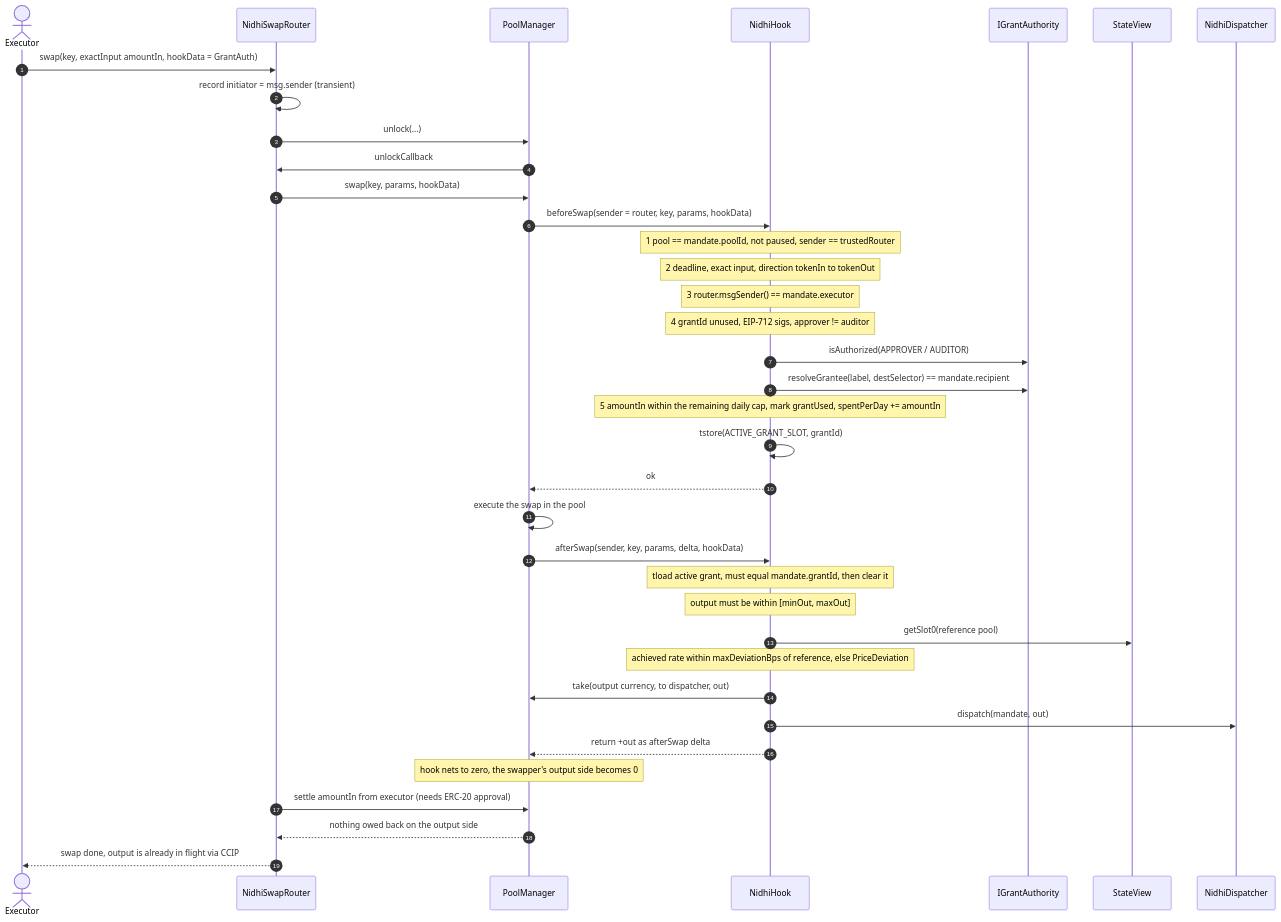
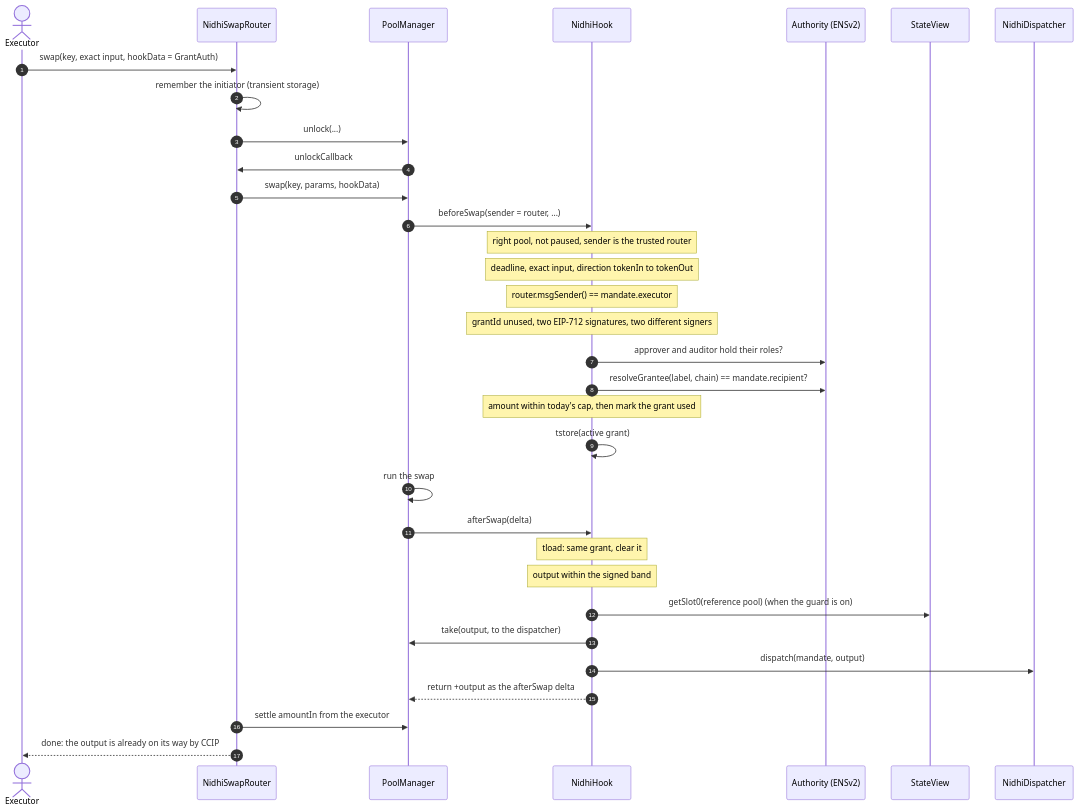
The second of 5 diagrams in docs/architecture/02-uniswap-v4.md (neevmodh/nidhi), drawn with Mermaid before and after one commit. The commit also changed other lines of this file and 5 other files, not shown here.

First line of the commit message:
Docs: a full README and deep dives for Uniswap v4, ENSv2, CCIP 2.0 and the milestone agent

````diff
--- a/docs/architecture/02-uniswap-v4.md
+++ b/docs/architecture/02-uniswap-v4.md
@@ -56,40 +66,36 @@
 ```mermaid
 sequenceDiagram
   autonumber
   actor EX as Executor
   participant RT as NidhiSwapRouter
   participant PM as PoolManager
   participant HK as NidhiHook
-  participant AU as IGrantAuthority
+  participant AU as Authority (ENSv2)
   participant SV as StateView
   participant DS as NidhiDispatcher
 
-  EX->>RT: swap(key, exactInput amountIn, hookData = GrantAuth)
-  RT->>RT: record initiator = msg.sender (transient)
+  EX->>RT: swap(key, exact input, hookData = GrantAuth)
+  RT->>RT: remember the initiator (transient storage)
   RT->>PM: unlock(...)
   PM->>RT: unlockCallback
   RT->>PM: swap(key, params, hookData)
-  PM->>HK: beforeSwap(sender = router, key, params, hookData)
-  Note over HK: 1 pool == mandate.poolId, not paused, sender == trustedRouter
-  Note over HK: 2 deadline, exact input, direction tokenIn to tokenOut
-  Note over HK: 3 router.msgSender() == mandate.executor
-  Note over HK: 4 grantId unused, EIP-712 sigs, approver != auditor
-  HK->>AU: isAuthorized(APPROVER / AUDITOR)
-  HK->>AU: resolveGrantee(label, destSelector) == mandate.recipient
-  Note over HK: 5 amountIn within the remaining daily cap, mark grantUsed, spentPerDay += amountIn
-  HK->>HK: tstore(ACTIVE_GRANT_SLOT, grantId)
-  HK-->>PM: ok
-  PM->>PM: execute the swap in the pool
-  PM->>HK: afterSwap(sender, key, params, delta, hookData)
-  Note over HK: tload active grant, must equal mandate.grantId, then clear it
-  Note over HK: output must be within [minOut, maxOut]
-  HK->>SV: getSlot0(reference pool)
-  Note over HK: achieved rate within maxDeviationBps of reference, else PriceDeviation
-  HK->>PM: take(output currency, to dispatcher, out)
-  HK->>DS: dispatch(mandate, out)
-  HK-->>PM: return +out as afterSwap delta
-  Note over PM: hook nets to zero, the swapper's output side becomes 0
-  RT->>PM: settle amountIn from executor (needs ERC-20 approval)
-  PM-->>RT: nothing owed back on the output side
-  RT-->>EX: swap done, output is already in flight via CCIP
+  PM->>HK: beforeSwap(sender = router, ...)
+  Note over HK: right pool, not paused, sender is the trusted router
+  Note over HK: deadline, exact input, direction tokenIn to tokenOut
+  Note over HK: router.msgSender() == mandate.executor
+  Note over HK: grantId unused, two EIP-712 signatures, two different signers
+  HK->>AU: approver and auditor hold their roles?
+  HK->>AU: resolveGrantee(label, chain) == mandate.recipient?
+  Note over HK: amount within today's cap, then mark the grant used
+  HK->>HK: tstore(active grant)
+  PM->>PM: run the swap
+  PM->>HK: afterSwap(delta)
+  Note over HK: tload: same grant, clear it
+  Note over HK: output within the signed band
+  HK->>SV: getSlot0(reference pool) (when the guard is on)
+  HK->>PM: take(output, to the dispatcher)
+  HK->>DS: dispatch(mandate, output)
+  HK-->>PM: return +output as the afterSwap delta
+  RT->>PM: settle amountIn from the executor
+  RT-->>EX: done: the output is already on its way by CCIP
 ```
````
